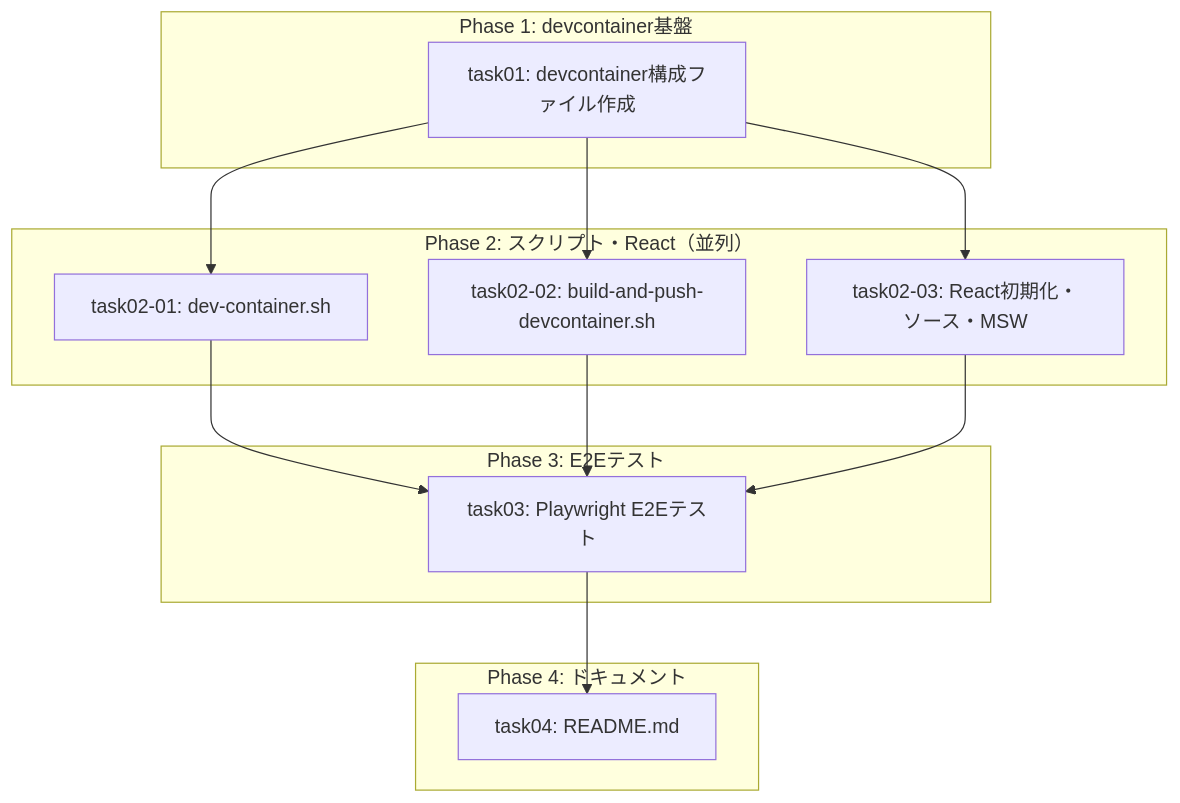
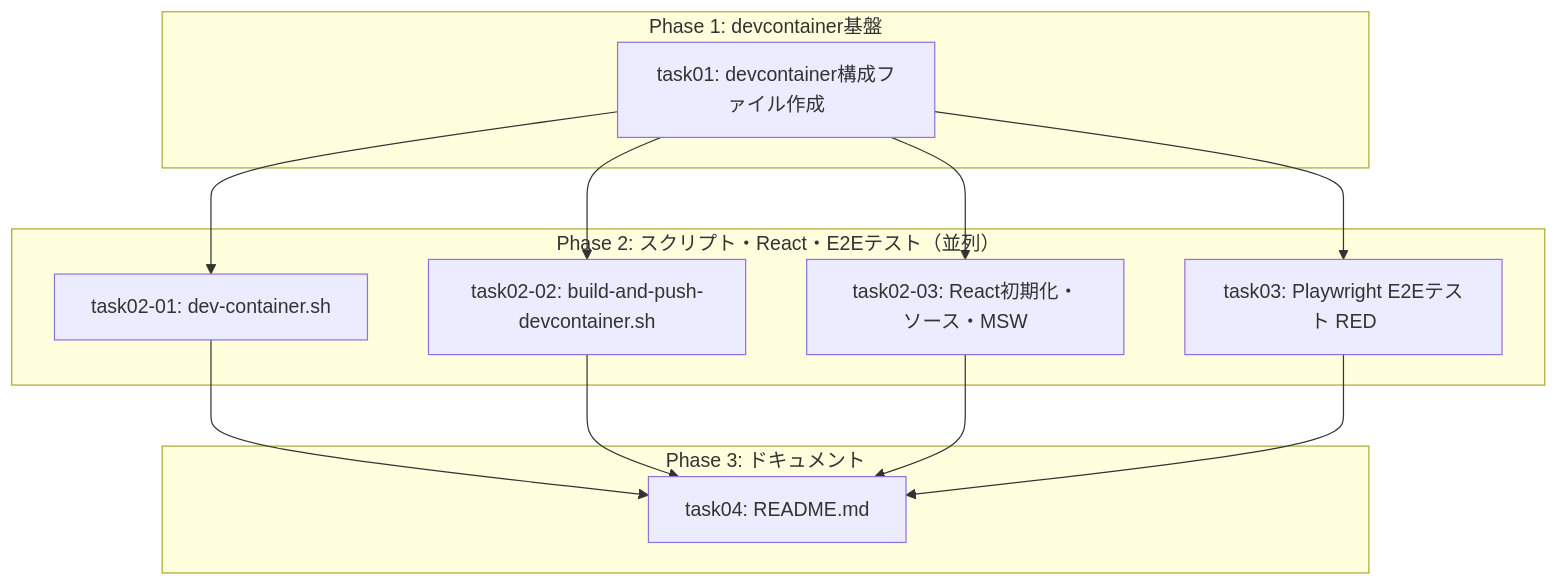
One commit to NagasakaH/dev-process changed the diagram in docs/web-design/plan/parent-agent-prompt.md. Above: the diagram before and after it, drawn with Mermaid. The commit also changed other lines of this file and 11 other files, not shown here.

````diff
--- a/docs/web-design/plan/parent-agent-prompt.md
+++ b/docs/web-design/plan/parent-agent-prompt.md
@@ -33,28 +33,26 @@
 ```mermaid
 graph TD
     subgraph "Phase 1: devcontainer基盤"
         task01[task01: devcontainer構成ファイル作成]
     end
 
-    subgraph "Phase 2: スクリプト・React（並列）"
+    subgraph "Phase 2: スクリプト・React・E2Eテスト（並列）"
         task02-01[task02-01: dev-container.sh]
         task02-02[task02-02: build-and-push-devcontainer.sh]
         task02-03[task02-03: React初期化・ソース・MSW]
+        task03[task03: Playwright E2Eテスト RED]
     end
 
-    subgraph "Phase 3: E2Eテスト"
-        task03[task03: Playwright E2Eテスト]
-    end
-
-    subgraph "Phase 4: ドキュメント"
+    subgraph "Phase 3: ドキュメント"
         task04[task04: README.md]
     end
 
     task01 --> task02-01
     task01 --> task02-02
     task01 --> task02-03
-    task02-01 --> task03
-    task02-02 --> task03
-    task02-03 --> task03
+    task01 --> task03
+    task02-01 --> task04
+    task02-02 --> task04
+    task02-03 --> task04
     task03 --> task04
 ```
````
